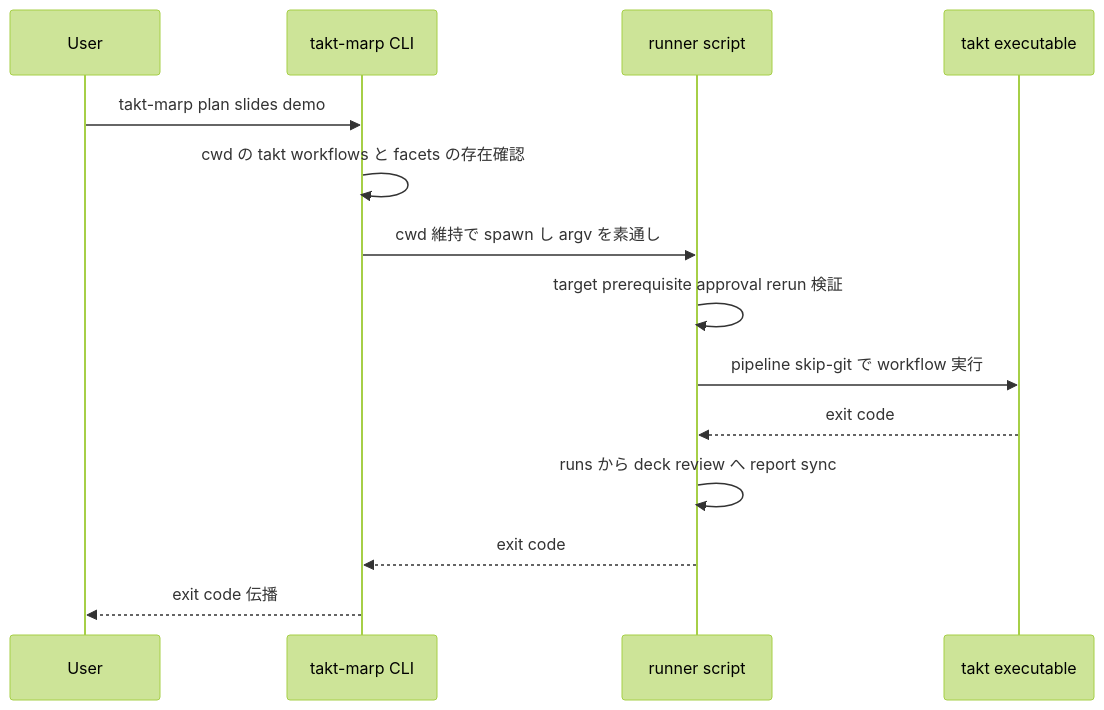
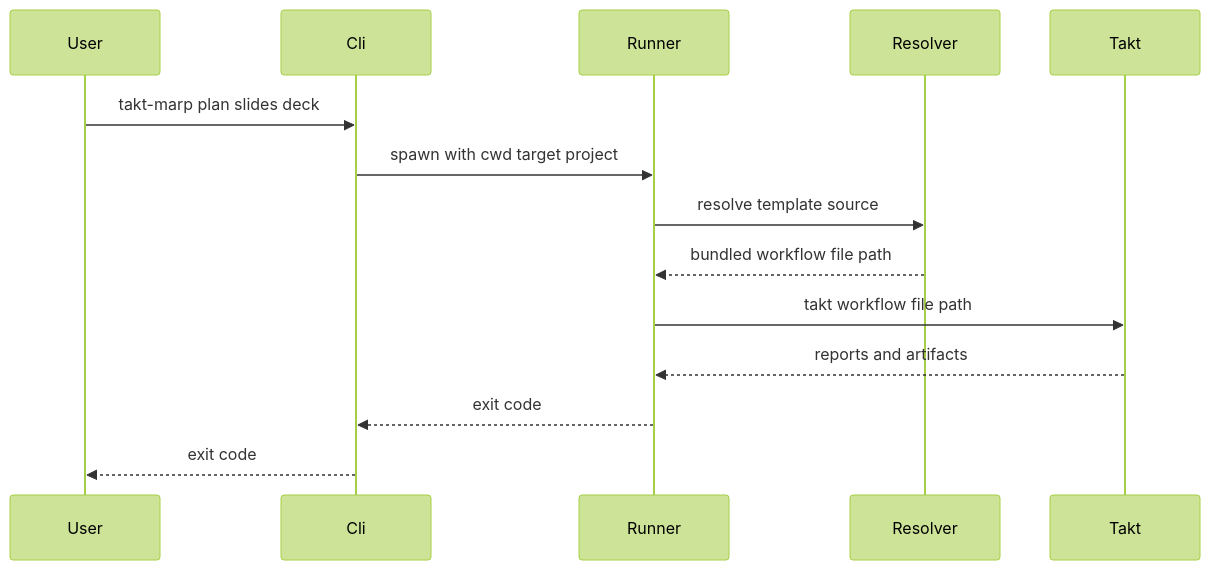
Before and after one commit to j5ik2o/takt-marp: the second of 5 diagrams in .kiro/specs/takt-marp-global-installer/design.md, drawn with Mermaid (forest theme). The commit also changed other lines of this file and 5 other files, not shown here.

Commit message:
chore(takt-marp-global-installer): refresh eject-only implementation spec

````diff
--- a/.kiro/specs/takt-marp-global-installer/design.md
+++ b/.kiro/specs/takt-marp-global-installer/design.md
@@ -174,16 +167,16 @@
 ```mermaid
 sequenceDiagram
     participant User
-    participant Cli as takt-marp CLI
-    participant Runner as runner script
-    participant Takt as takt executable
-    User->>Cli: takt-marp plan slides demo
-    Cli->>Cli: cwd の takt workflows と facets の存在確認
-    Cli->>Runner: cwd 維持で spawn し argv を素通し
-    Runner->>Runner: target prerequisite approval rerun 検証
-    Runner->>Takt: pipeline skip-git で workflow 実行
-    Takt-->>Runner: exit code
-    Runner->>Runner: runs から deck review へ report sync
+    participant Cli
+    participant Runner
+    participant Resolver
+    participant Takt
+    User->>Cli: takt-marp plan slides deck
+    Cli->>Runner: spawn with cwd target project
+    Runner->>Resolver: resolve template source
+    Resolver-->>Runner: bundled workflow file path
+    Runner->>Takt: takt workflow file path
+    Takt-->>Runner: reports and artifacts
     Runner-->>Cli: exit code
-    Cli-->>User: exit code 伝播
+    Cli-->>User: exit code
 ```
````
